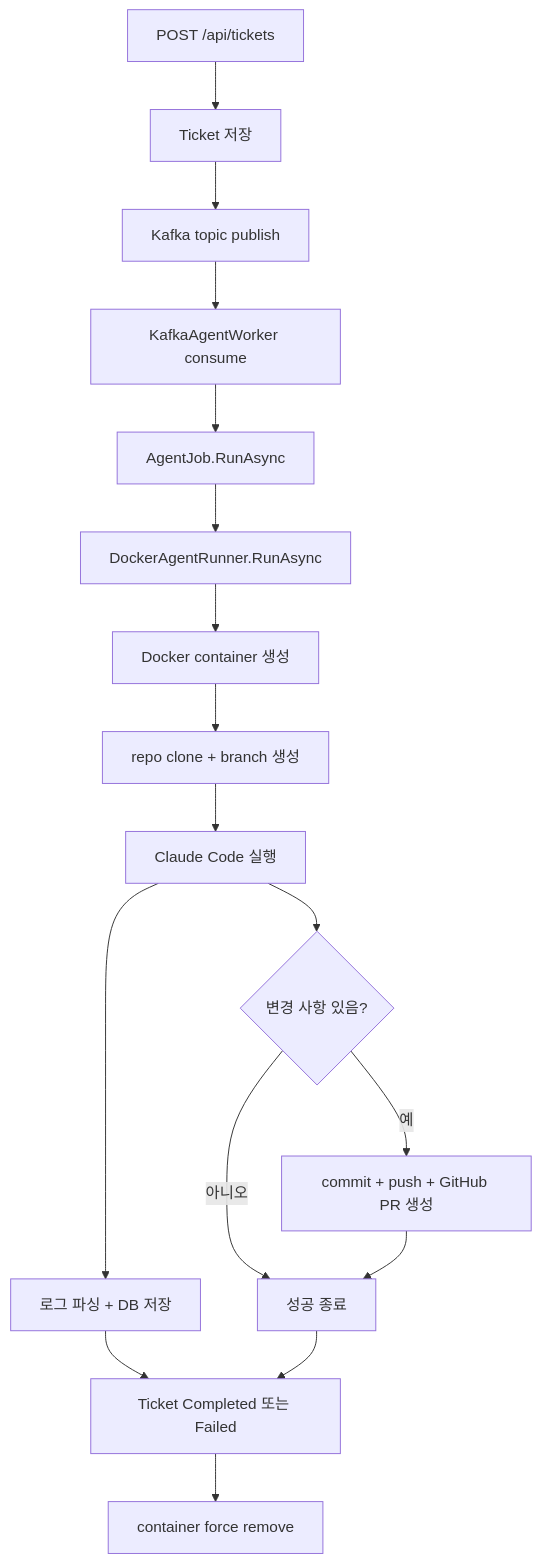
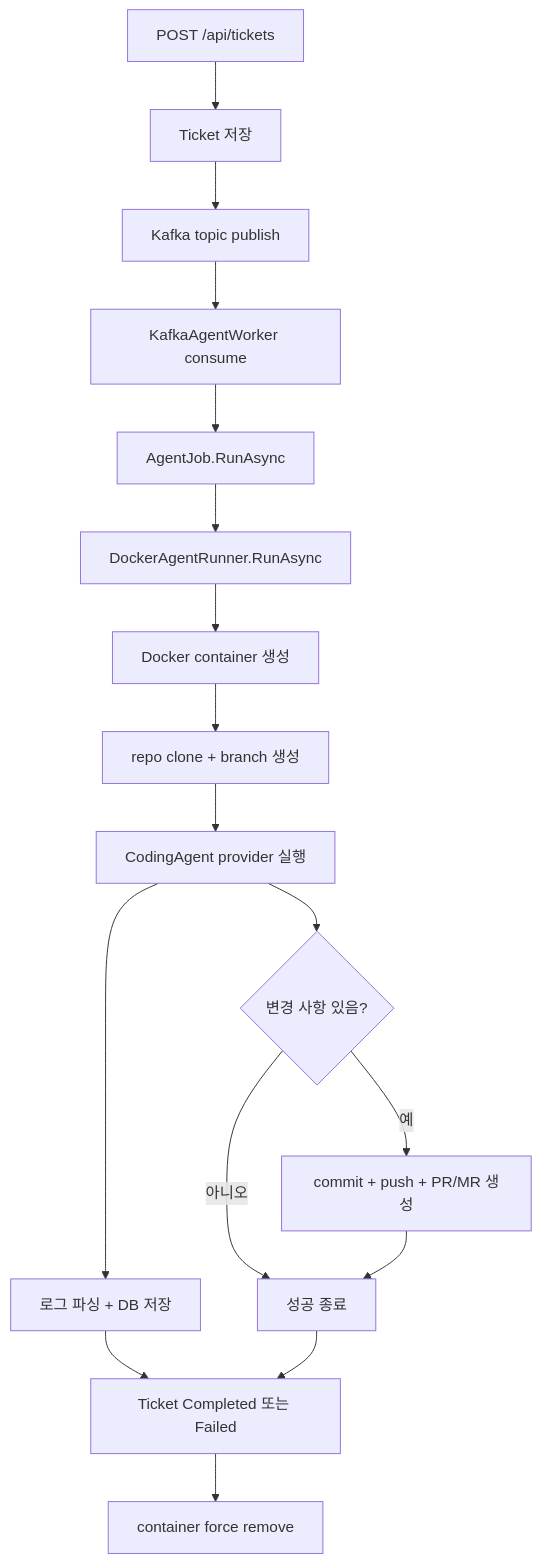
Before and after one commit to zzanghyunmoo/ReplaceMe: the diagram in docs/features/agent-execution.md, drawn with Mermaid. The commit also changed other lines of this file and 19 other files, not shown here.

````diff
--- a/docs/features/agent-execution.md
+++ b/docs/features/agent-execution.md
@@ -12,19 +12,19 @@
 ```mermaid
 flowchart TD
     A[POST /api/tickets] --> B[Ticket 저장]
     B --> C[Kafka topic publish]
     C --> D[KafkaAgentWorker consume]
     D --> E[AgentJob.RunAsync]
     E --> F[DockerAgentRunner.RunAsync]
     F --> G[Docker container 생성]
     G --> H[repo clone + branch 생성]
-    H --> I[Claude Code 실행]
+    H --> I[CodingAgent provider 실행]
     I --> J[로그 파싱 + DB 저장]
     I --> K{변경 사항 있음?}
-    K -- 예 --> L[commit + push + GitHub PR 생성]
+    K -- 예 --> L[commit + push + PR/MR 생성]
     K -- 아니오 --> M[성공 종료]
     L --> M
     J --> N[Ticket Completed 또는 Failed]
     M --> N
     N --> O[container force remove]
 ```
````
